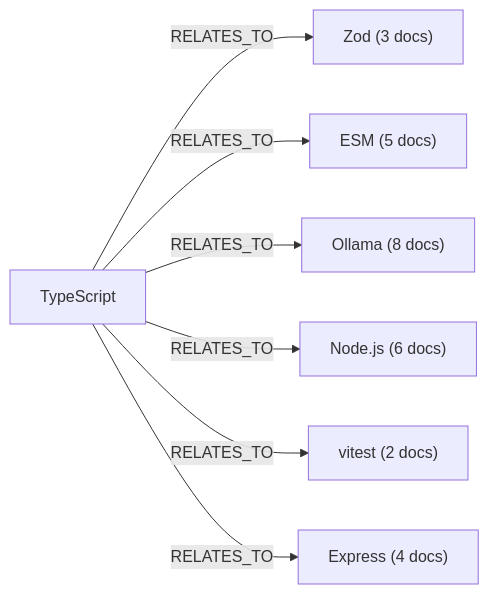
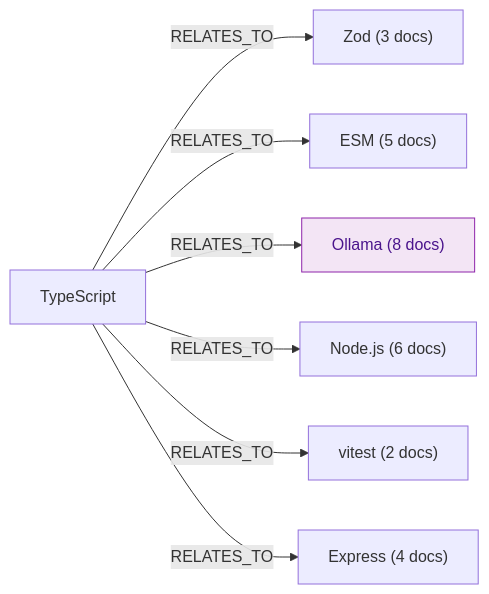
Before and after one commit to Guebbit/AI-coding-assistant: the second of 2 diagrams in docs/examples/knowledge-graph.md, drawn with Mermaid. The commit also changed 54 other files, not shown here.

First line of the commit message:
docs: add mermaid diagrams to quickstart & ollama-notes, color-code all flowcharts

````diff
--- a/docs/examples/knowledge-graph.md
+++ b/docs/examples/knowledge-graph.md
@@ -77,10 +77,11 @@
 ```mermaid
 flowchart LR
     TS["TypeScript"]
     TS -->|RELATES_TO| Zod["Zod (3 docs)"]
     TS -->|RELATES_TO| ESM["ESM (5 docs)"]
     TS -->|RELATES_TO| Ollama["Ollama (8 docs)"]
     TS -->|RELATES_TO| Node["Node.js (6 docs)"]
     TS -->|RELATES_TO| Vitest["vitest (2 docs)"]
     TS -->|RELATES_TO| Express["Express (4 docs)"]
+    style Ollama fill:#f3e5f5,stroke:#8e24aa,color:#4a148c
 ```
````
